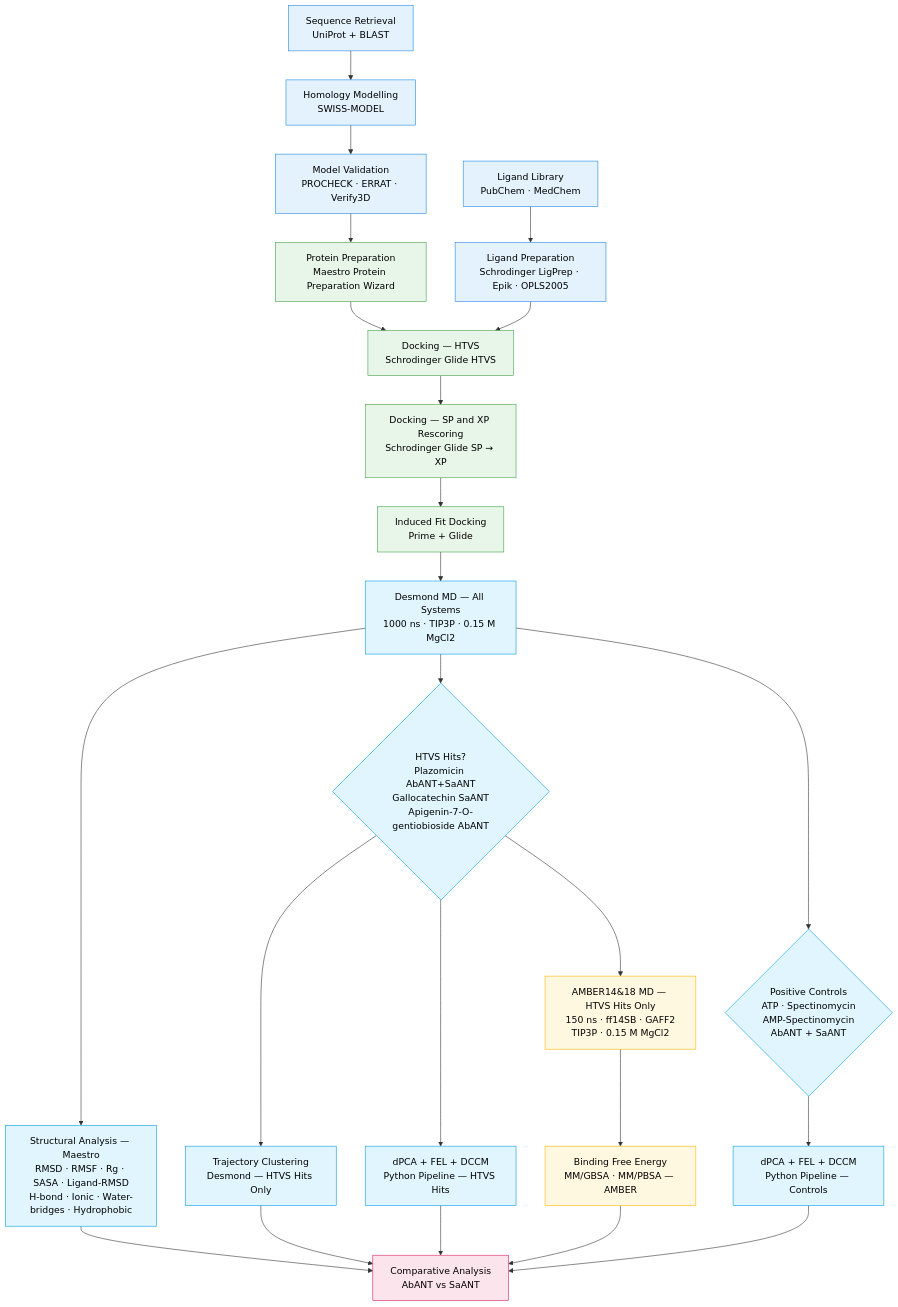
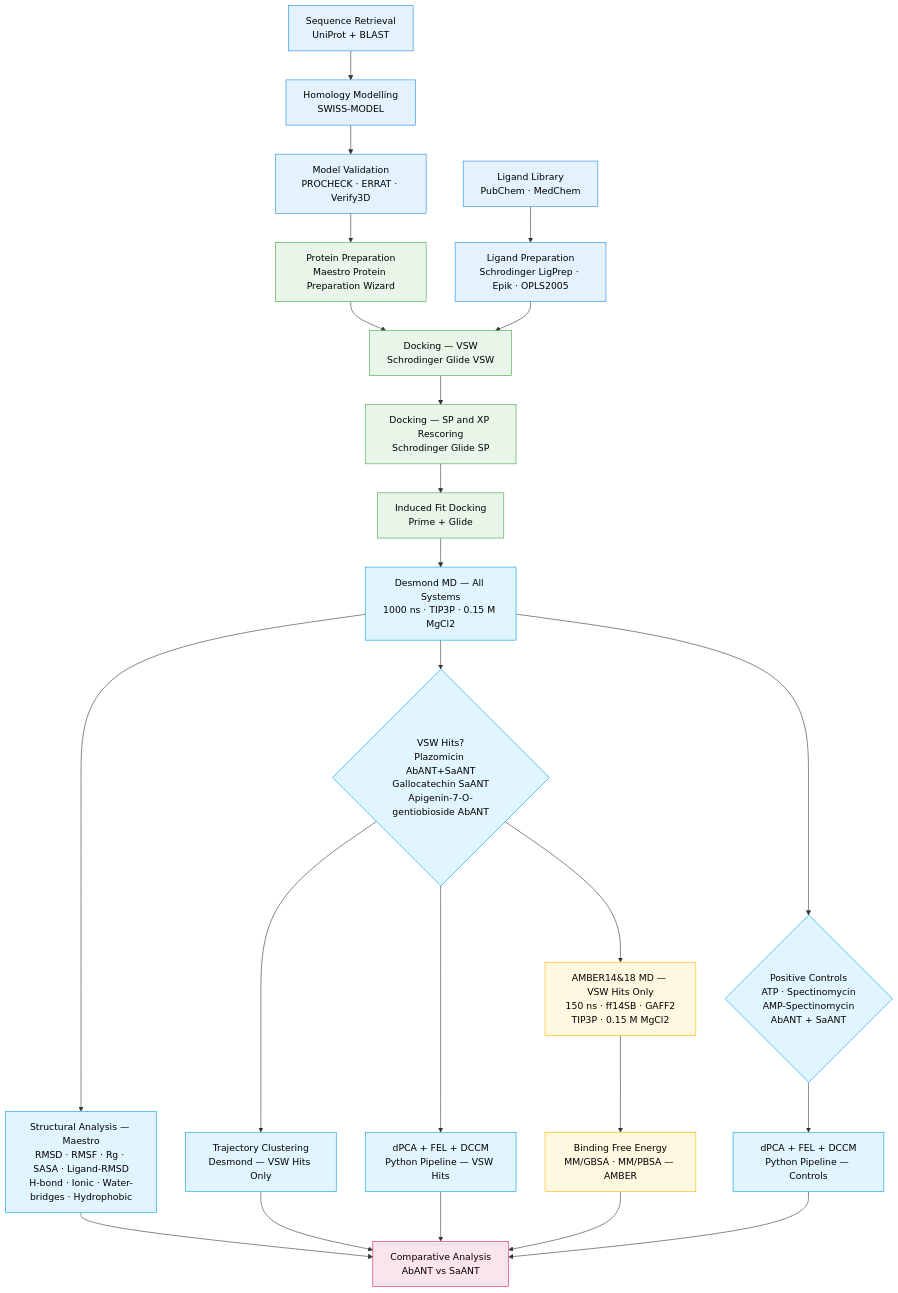
Before and after one commit to Menzisk/ANT-MDS-Analysis: the diagram in METHODS.md, drawn with Mermaid. The commit also changed other lines of this file, not shown here.

Commit message:
Add updated METHODS.md

````diff
--- a/METHODS.md
+++ b/METHODS.md
@@ -9,58 +9,58 @@
 ```mermaid
 flowchart TD
 
 %% --- STYLES ---
 classDef prep     fill:#E3F2FD,stroke:#1E88E5,color:#000;
 classDef dock     fill:#E8F5E9,stroke:#43A047,color:#000;
 classDef desmond  fill:#E1F5FE,stroke:#039BE5,color:#000;
 classDef amber    fill:#FFF8E1,stroke:#FFB300,color:#000;
 classDef analysis fill:#FFF3E0,stroke:#FB8C00,color:#000;
 classDef final    fill:#FCE4EC,stroke:#D81B60,color:#000;
 
 %% --- SEQUENCE & MODELLING ---
 A[Sequence Retrieval<br/>UniProt + BLAST] --> B[Homology Modelling<br/>SWISS-MODEL]
 B --> C[Model Validation<br/>PROCHECK · ERRAT · Verify3D]
 
 %% --- LIGAND PREPARATION ---
 D[Ligand Library<br/>PubChem · MedChem] --> E[Ligand Preparation<br/>Schrodinger LigPrep · Epik · OPLS2005]
 
 %% --- PROTEIN PREPARATION & DOCKING ---
 C --> F[Protein Preparation<br/>Maestro Protein Preparation Wizard]
-E --> G[Docking — HTVS<br/>Schrodinger Glide HTVS]
+E --> G[Docking — VSW<br/>Schrodinger Glide VSW]
 F --> G
-G --> G2[Docking — SP and XP Rescoring<br/>Schrodinger Glide SP → XP]
+G --> G2[Docking — SP and XP Rescoring<br/>Schrodinger Glide SP]
 G2 --> H[Induced Fit Docking<br/>Prime + Glide]
 
 %% --- DESMOND 1000 ns (ALL SYSTEMS) ---
 H --> I[Desmond MD — All Systems<br/>1000 ns · TIP3P · 0.15 M MgCl2]
 
 %% --- DESMOND STRUCTURAL ANALYSIS (ALL SYSTEMS) ---
 I --> J[Structural Analysis — Maestro<br/>RMSD · RMSF · Rg · SASA · Ligand-RMSD<br/>H-bond · Ionic · Water-bridges · Hydrophobic]
 
 %% --- DESMOND HTVS HITS ONLY ---
-I --> K{HTVS Hits?<br/>Plazomicin AbANT+SaANT<br/>Gallocatechin SaANT<br/>Apigenin-7-O-gentiobioside AbANT}
-K --> K1[Trajectory Clustering<br/>Desmond — HTVS Hits Only]
-K --> K2[dPCA + FEL + DCCM<br/>Python Pipeline — HTVS Hits]
+I --> K{VSW Hits?<br/>Plazomicin AbANT+SaANT<br/>Gallocatechin SaANT<br/>Apigenin-7-O-gentiobioside AbANT}
+K --> K1[Trajectory Clustering<br/>Desmond — VSW Hits Only]
+K --> K2[dPCA + FEL + DCCM<br/>Python Pipeline — VSW Hits]
 
 %% --- DESMOND POSITIVE CONTROLS ---
 I --> PC{Positive Controls<br/>ATP · Spectinomycin<br/>AMP-Spectinomycin<br/>AbANT + SaANT}
 PC --> PC1[dPCA + FEL + DCCM<br/>Python Pipeline — Controls]
 
-%% --- AMBER 150 ns (HTVS HITS ONLY) ---
-K --> L[AMBER14&18 MD — HTVS Hits Only<br/>150 ns · ff14SB · GAFF2<br/>TIP3P · 0.15 M MgCl2]
+%% --- AMBER 150 ns (VSW HITS ONLY) ---
+K --> L[AMBER14&18 MD — VSW Hits Only<br/>150 ns · ff14SB · GAFF2<br/>TIP3P · 0.15 M MgCl2]
 L --> L1[Binding Free Energy<br/>MM/GBSA · MM/PBSA — AMBER]
 
 %% --- COMPARATIVE OUTPUT ---
 K1 --> M[Comparative Analysis<br/>AbANT vs SaANT]
 K2 --> M
 PC1 --> M
 L1 --> M
 J --> M
 
 %% --- CLASS ASSIGNMENT ---
 class A,B,C,D,E prep;
 class F,G,G2,H dock;
 class I,J,K,K1,K2,PC,PC1 desmond;
 class L,L1 amber;
 class M final;
 ```
````
